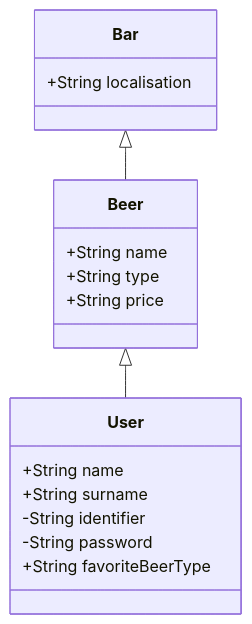
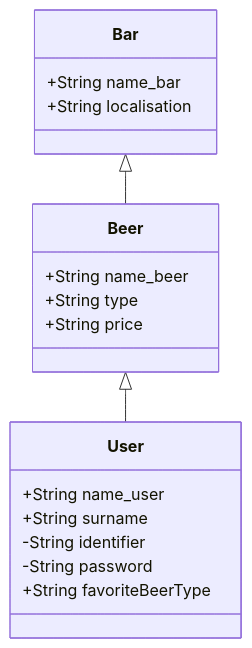
The diagram in README.md (DonMako/beer), drawn with Mermaid before and after one commit.

````diff
--- a/README.md
+++ b/README.md
@@ -14,20 +14,21 @@
 ```mermaid
 classDiagram
     Beer <|-- User
     Bar <|-- Beer
     class User{
-      +String name
+      +String name_user
       +String surname
       -String identifier
       -String password
       +String favoriteBeerType
     }
     class Beer{
-      +String name
+      +String name_beer
       +String type
       +String price
     }
     class Bar{
+      +String name_bar
       +String localisation
     }
 ```
````
